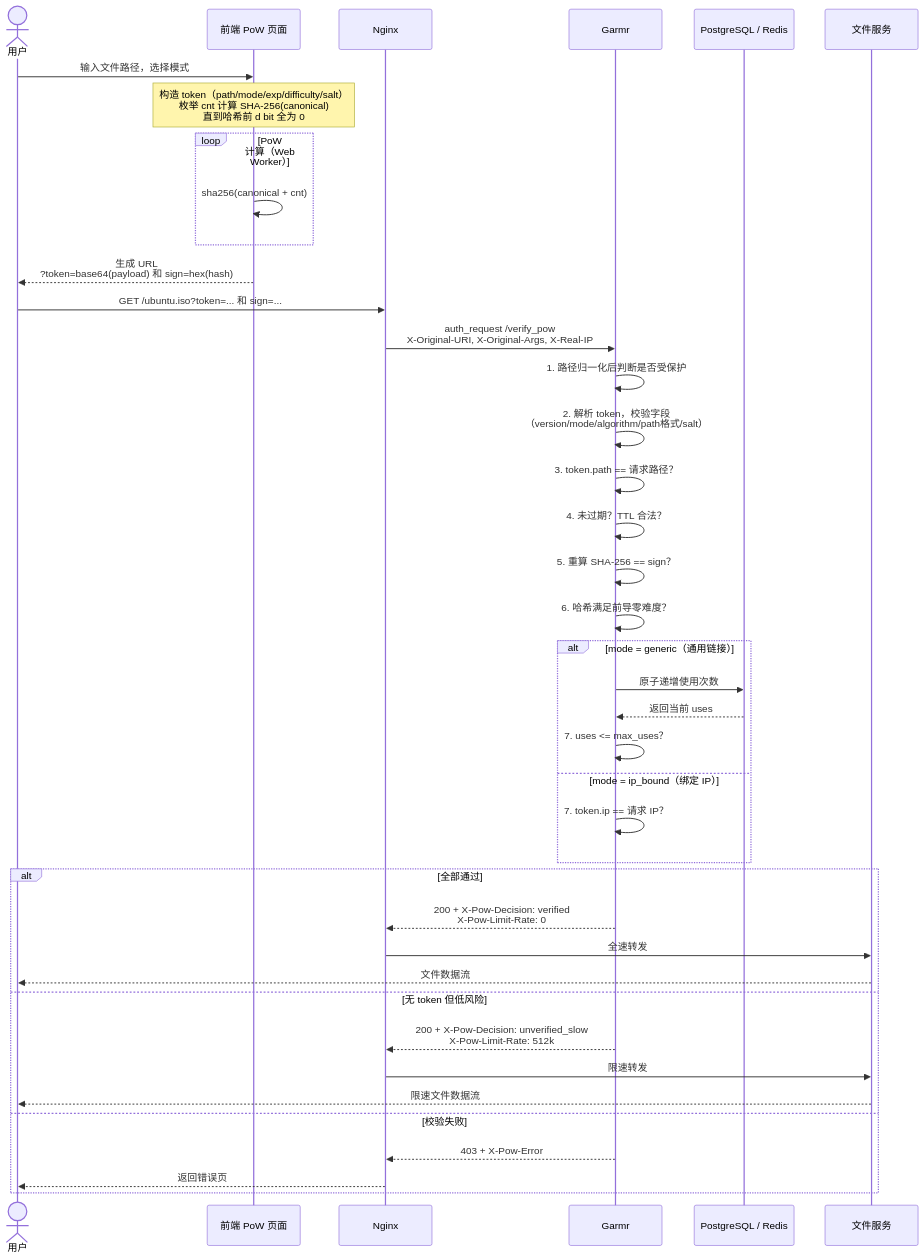
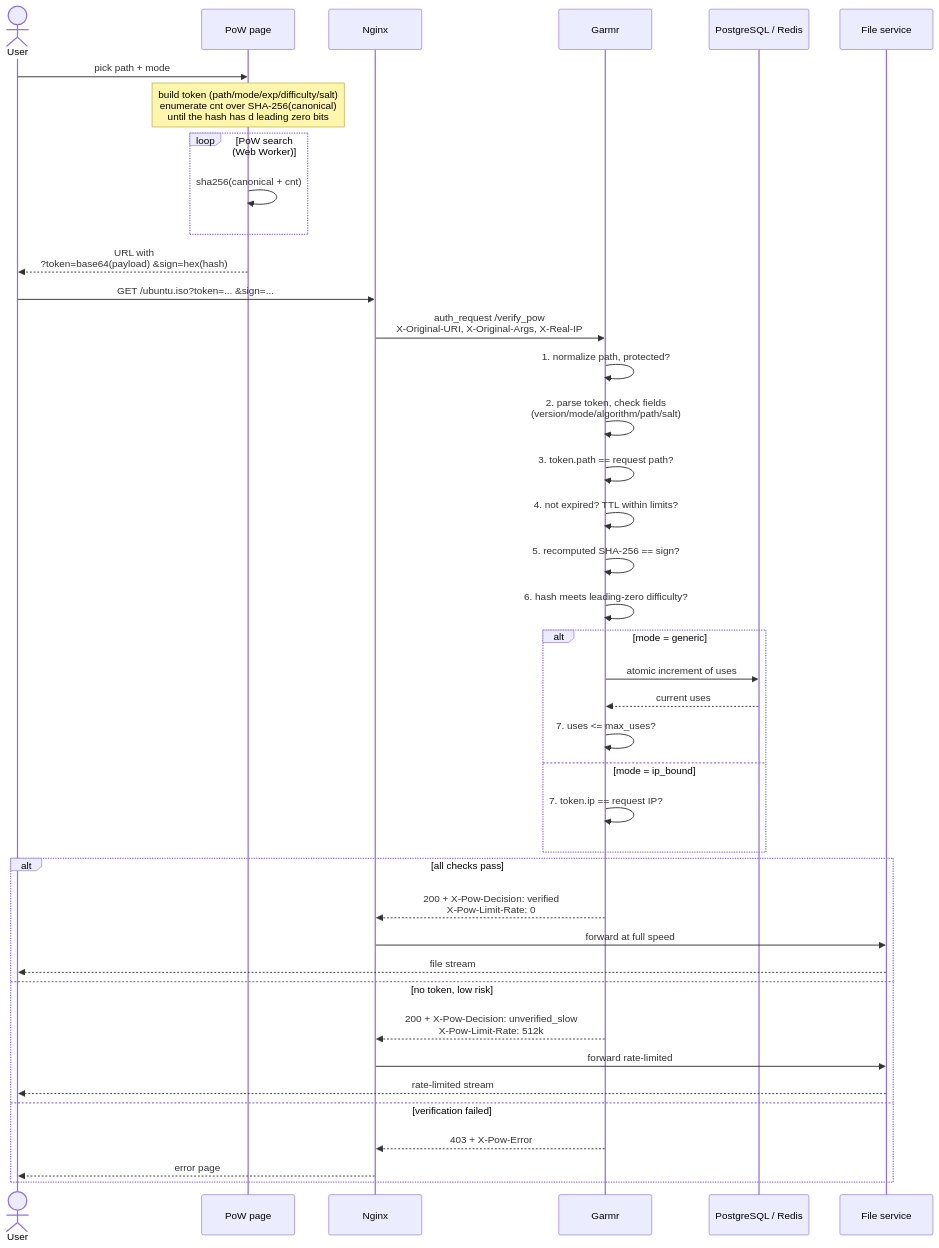
One commit to hust-open-atom-club/hustmirrors-waf-backend changed the second of 2 diagrams in README.md. Above: the diagram before and after it, drawn with Mermaid. The commit also changed other lines of this file and 1 other file, not shown here.

````diff
--- a/README.md
+++ b/README.md
@@ -42,49 +47,49 @@
 ```mermaid
 sequenceDiagram
-    actor User as 用户
-    participant FE as 前端 PoW 页面
+    actor User
+    participant FE as PoW page
     participant Nginx as Nginx
     participant Auth as Garmr
     participant Store as PostgreSQL / Redis
-    participant FS as 文件服务
+    participant FS as File service
 
-    User->>FE: 输入文件路径，选择模式
-    Note over FE: 构造 token（path/mode/exp/difficulty/salt）<br/>枚举 cnt 计算 SHA-256(canonical)<br/>直到哈希前 d bit 全为 0
+    User->>FE: pick path + mode
+    Note over FE: build token (path/mode/exp/difficulty/salt)<br/>enumerate cnt over SHA-256(canonical)<br/>until the hash has d leading zero bits
 
-    loop PoW 计算（Web Worker）
+    loop PoW search (Web Worker)
         FE->>FE: sha256(canonical + cnt)
     end
 
-    FE-->>User: 生成 URL<br/>?token=base64(payload) 和 sign=hex(hash)
+    FE-->>User: URL with<br/>?token=base64(payload) &sign=hex(hash)
 
-    User->>Nginx: GET /ubuntu.iso?token=... 和 sign=...
+    User->>Nginx: GET /ubuntu.iso?token=... &sign=...
     Nginx->>Auth: auth_request /verify_pow<br/>X-Original-URI, X-Original-Args, X-Real-IP
 
-    Auth->>Auth: 1. 路径归一化后判断是否受保护
-    Auth->>Auth: 2. 解析 token，校验字段<br/>（version/mode/algorithm/path格式/salt）
-    Auth->>Auth: 3. token.path == 请求路径？
-    Auth->>Auth: 4. 未过期？TTL 合法？
-    Auth->>Auth: 5. 重算 SHA-256 == sign？
-    Auth->>Auth: 6. 哈希满足前导零难度？
+    Auth->>Auth: 1. normalize path, protected?
+    Auth->>Auth: 2. parse token, check fields<br/>(version/mode/algorithm/path/salt)
+    Auth->>Auth: 3. token.path == request path?
+    Auth->>Auth: 4. not expired? TTL within limits?
+    Auth->>Auth: 5. recomputed SHA-256 == sign?
+    Auth->>Auth: 6. hash meets leading-zero difficulty?
 
-    alt mode = generic（通用链接）
-        Auth->>Store: 原子递增使用次数
-        Store-->>Auth: 返回当前 uses
-        Auth->>Auth: 7. uses <= max_uses？
-    else mode = ip_bound（绑定 IP）
-        Auth->>Auth: 7. token.ip == 请求 IP？
+    alt mode = generic
+        Auth->>Store: atomic increment of uses
+        Store-->>Auth: current uses
+        Auth->>Auth: 7. uses <= max_uses?
+    else mode = ip_bound
+        Auth->>Auth: 7. token.ip == request IP?
     end
 
-    alt 全部通过
+    alt all checks pass
         Auth-->>Nginx: 200 + X-Pow-Decision: verified<br/>X-Pow-Limit-Rate: 0
-        Nginx->>FS: 全速转发
-        FS-->>User: 文件数据流
-    else 无 token 但低风险
+        Nginx->>FS: forward at full speed
+        FS-->>User: file stream
+    else no token, low risk
         Auth-->>Nginx: 200 + X-Pow-Decision: unverified_slow<br/>X-Pow-Limit-Rate: 512k
-        Nginx->>FS: 限速转发
-        FS-->>User: 限速文件数据流
-    else 校验失败
+        Nginx->>FS: forward rate-limited
+        FS-->>User: rate-limited stream
+    else verification failed
         Auth-->>Nginx: 403 + X-Pow-Error
-        Nginx-->>User: 返回错误页
+        Nginx-->>User: error page
     end
 ```
````
